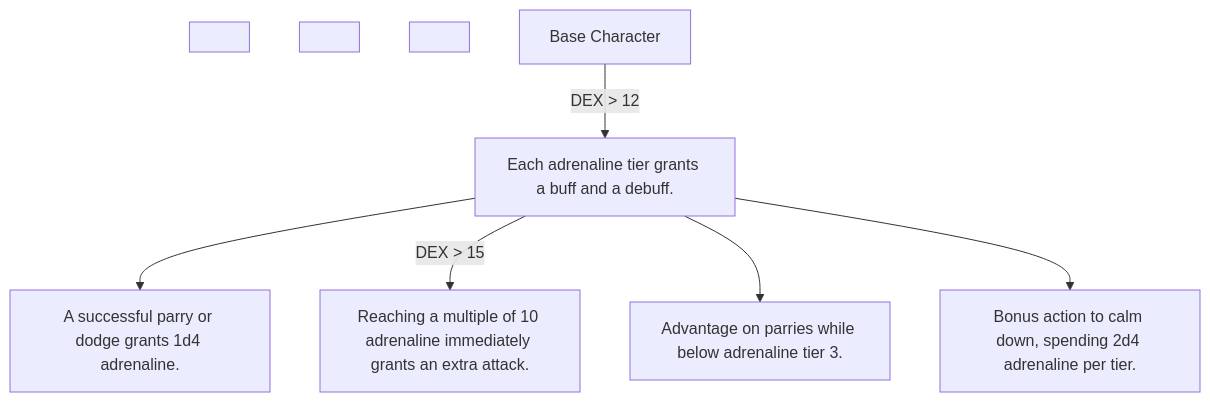
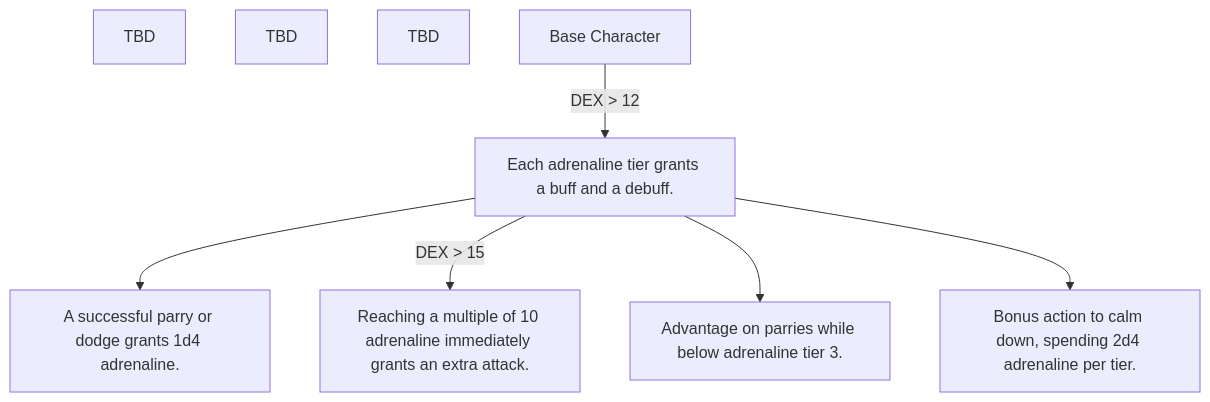
One commit to WiIdNeo/DnD changed diagram 14 of 28 in Classes and Races/Classes/Class-Handbook.md. Above: the diagram before and after it, drawn with Mermaid. The commit also changed other lines of this file and 1 other file, not shown here.

````diff
--- a/Classes and Races/Classes/Class-Handbook.md
+++ b/Classes and Races/Classes/Class-Handbook.md
@@ -376,20 +371,20 @@
 ```mermaid
 flowchart TD
 
 A[Base Character]
 
-1[Each adrenaline tier grants a buff and a debuff.]
-2[A successful parry or dodge grants 1d4 adrenaline.]
-3[Reaching a multiple of 10 adrenaline immediately grants an extra attack.]
-4[Advantage on parries while below adrenaline tier 3.]
-5[Bonus action to calm down, spending 2d4 adrenaline per tier.]
-6[ ]
-7[ ]
-8[ ]
+1["Each adrenaline tier grants a buff and a debuff."]
+2["A successful parry or dodge grants 1d4 adrenaline."]
+3["Reaching a multiple of 10 adrenaline immediately grants an extra attack."]
+4["Advantage on parries while below adrenaline tier 3."]
+5["Bonus action to calm down, spending 2d4 adrenaline per tier."]
+6["TBD"]
+7["TBD"]
+8["TBD"]
 
 A --> |DEX > 12|1
 1 --> 2
 1 -->|DEX > 15| 3
 1 --> 4
 1 --> 5
 ```
````
